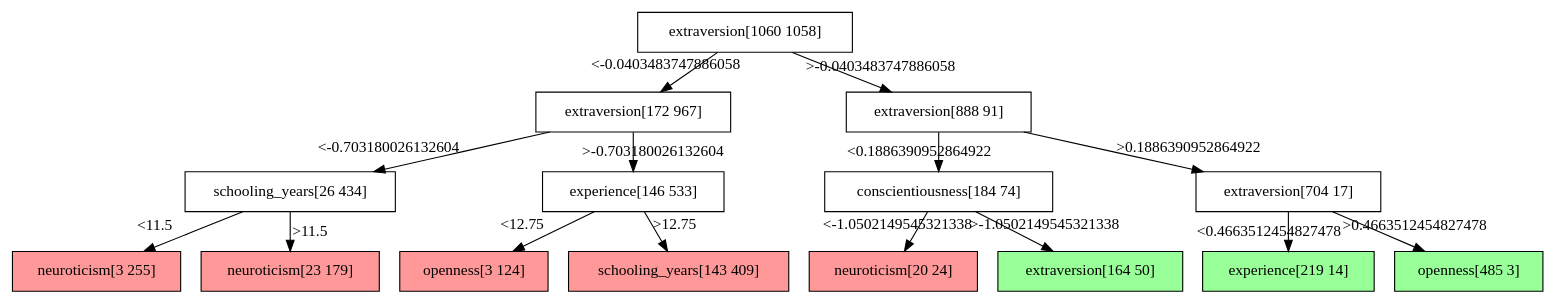
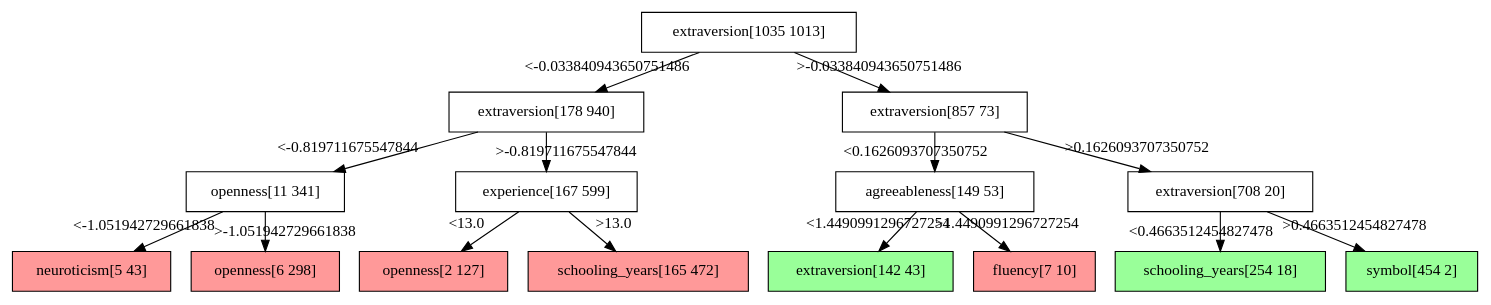
Before and after one commit to Poojabl26/Programming-Project: the diagram in skills_and_wages/bld/out/analysis/decision_tree.dot, drawn with Graphviz. The commit also changed 16 other files, not shown here.

```diff
--- a/skills_and_wages/bld/out/analysis/decision_tree.dot
+++ b/skills_and_wages/bld/out/analysis/decision_tree.dot
@@ -1,32 +1,32 @@
 digraph Tree {
 node [shape=box, style="filled", color="black"] ;
-0 [ label="extraversion[1060 1058]" , fillcolor="#ffffff"] ;
-1 [ label="extraversion[172 967]" , fillcolor="#ffffff"] ;
-0->1 [labeldistance=2.5, labelangle=45, headlabel="<-0.0403483747886058"] ;
-3 [ label="schooling_years[26 434]" , fillcolor="#ffffff"] ;
-1->3 [labeldistance=2.5, labelangle=45, headlabel="<-0.703180026132604"] ;
-5 [ label="neuroticism[3 255]" , fillcolor="#ff9999"] ;
-3->5 [labeldistance=2.5, labelangle=45, headlabel="<11.5"] ;
-6 [ label="neuroticism[23 179]" , fillcolor="#ff9999"] ;
-3->6 [labeldistance=2.5, labelangle=-45, headlabel=">11.5"] ;
-4 [ label="experience[146 533]" , fillcolor="#ffffff"] ;
-1->4 [labeldistance=2.5, labelangle=-45, headlabel=">-0.703180026132604"] ;
-7 [ label="openness[3 124]" , fillcolor="#ff9999"] ;
-4->7 [labeldistance=2.5, labelangle=45, headlabel="<12.75"] ;
-8 [ label="schooling_years[143 409]" , fillcolor="#ff9999"] ;
-4->8 [labeldistance=2.5, labelangle=-45, headlabel=">12.75"] ;
-2 [ label="extraversion[888 91]" , fillcolor="#ffffff"] ;
-0->2 [labeldistance=2.5, labelangle=-45, headlabel=">-0.0403483747886058"] ;
-9 [ label="conscientiousness[184 74]" , fillcolor="#ffffff"] ;
-2->9 [labeldistance=2.5, labelangle=45, headlabel="<0.1886390952864922"] ;
-11 [ label="neuroticism[20 24]" , fillcolor="#ff9999"] ;
-9->11 [labeldistance=2.5, labelangle=45, headlabel="<-1.0502149545321338"] ;
-12 [ label="extraversion[164 50]" , fillcolor="#99ff99"] ;
-9->12 [labeldistance=2.5, labelangle=-45, headlabel=">-1.0502149545321338"] ;
-10 [ label="extraversion[704 17]" , fillcolor="#ffffff"] ;
-2->10 [labeldistance=2.5, labelangle=-45, headlabel=">0.1886390952864922"] ;
-13 [ label="experience[219 14]" , fillcolor="#99ff99"] ;
+0 [ label="extraversion[1035 1013]" , fillcolor="#ffffff"] ;
+1 [ label="extraversion[178 940]" , fillcolor="#ffffff"] ;
+0->1 [labeldistance=2.5, labelangle=45, headlabel="<-0.033840943650751486"] ;
+3 [ label="openness[11 341]" , fillcolor="#ffffff"] ;
+1->3 [labeldistance=2.5, labelangle=45, headlabel="<-0.819711675547844"] ;
+5 [ label="neuroticism[5 43]" , fillcolor="#ff9999"] ;
+3->5 [labeldistance=2.5, labelangle=45, headlabel="<-1.051942729661838"] ;
+6 [ label="openness[6 298]" , fillcolor="#ff9999"] ;
+3->6 [labeldistance=2.5, labelangle=-45, headlabel=">-1.051942729661838"] ;
+4 [ label="experience[167 599]" , fillcolor="#ffffff"] ;
+1->4 [labeldistance=2.5, labelangle=-45, headlabel=">-0.819711675547844"] ;
+7 [ label="openness[2 127]" , fillcolor="#ff9999"] ;
+4->7 [labeldistance=2.5, labelangle=45, headlabel="<13.0"] ;
+8 [ label="schooling_years[165 472]" , fillcolor="#ff9999"] ;
+4->8 [labeldistance=2.5, labelangle=-45, headlabel=">13.0"] ;
+2 [ label="extraversion[857 73]" , fillcolor="#ffffff"] ;
+0->2 [labeldistance=2.5, labelangle=-45, headlabel=">-0.033840943650751486"] ;
+9 [ label="agreeableness[149 53]" , fillcolor="#ffffff"] ;
+2->9 [labeldistance=2.5, labelangle=45, headlabel="<0.1626093707350752"] ;
+11 [ label="extraversion[142 43]" , fillcolor="#99ff99"] ;
+9->11 [labeldistance=2.5, labelangle=45, headlabel="<1.4490991296727254"] ;
+12 [ label="fluency[7 10]" , fillcolor="#ff9999"] ;
+9->12 [labeldistance=2.5, labelangle=-45, headlabel=">1.4490991296727254"] ;
+10 [ label="extraversion[708 20]" , fillcolor="#ffffff"] ;
+2->10 [labeldistance=2.5, labelangle=-45, headlabel=">0.1626093707350752"] ;
+13 [ label="schooling_years[254 18]" , fillcolor="#99ff99"] ;
 10->13 [labeldistance=2.5, labelangle=45, headlabel="<0.4663512454827478"] ;
-14 [ label="openness[485 3]" , fillcolor="#99ff99"] ;
+14 [ label="symbol[454 2]" , fillcolor="#99ff99"] ;
 10->14 [labeldistance=2.5, labelangle=-45, headlabel=">0.4663512454827478"] ;
 }
```
